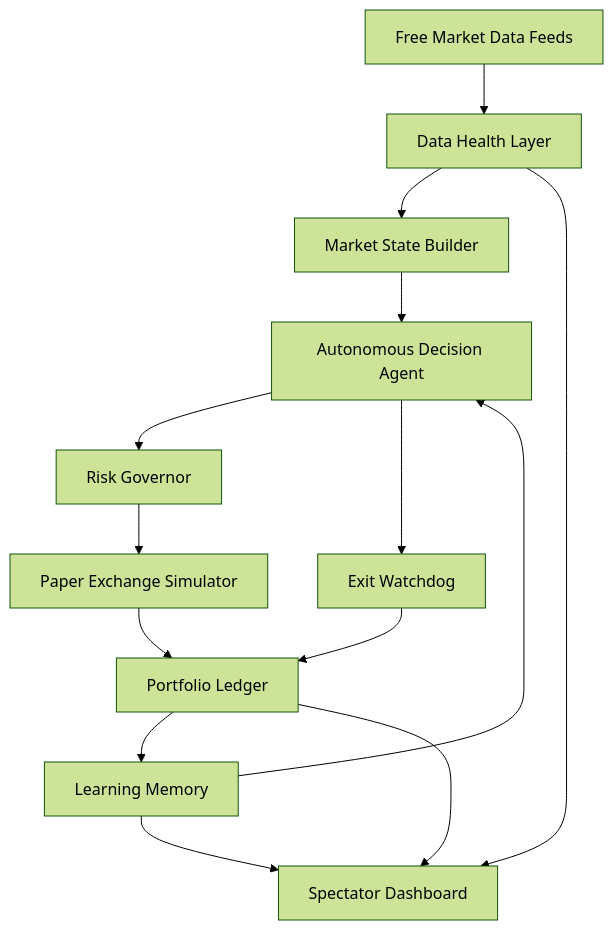
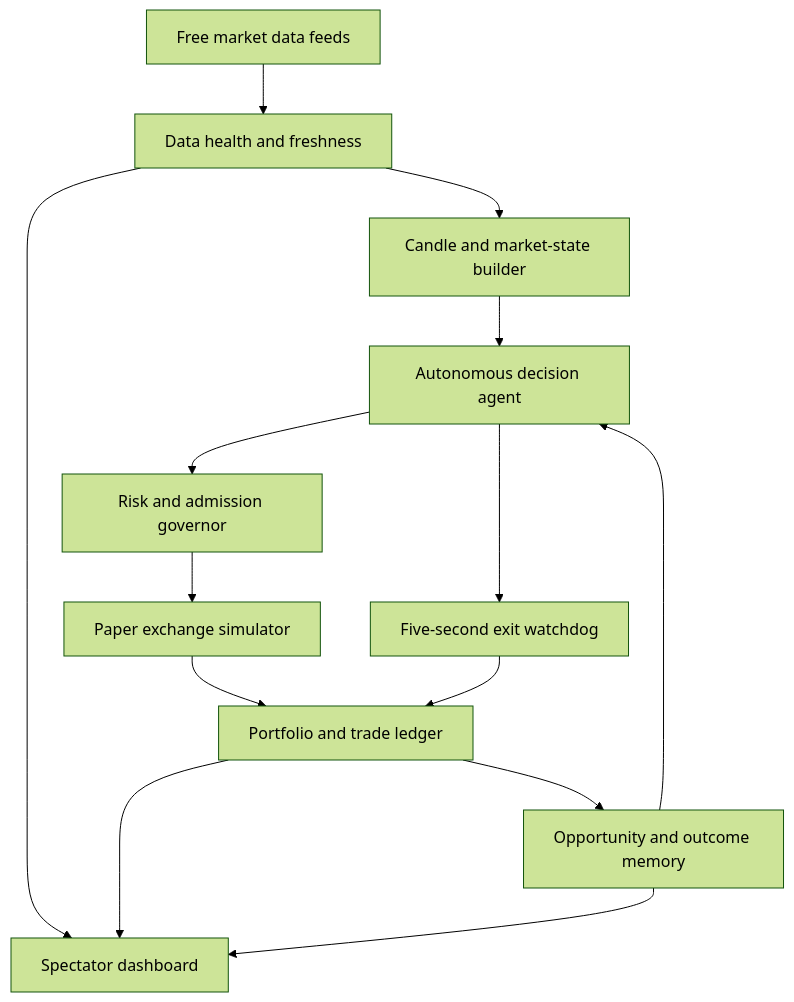
The diagram in README.md (tejashendre/AI-paper-trading-agent), drawn with Mermaid (forest theme) before and after one commit. The commit also changed other lines of this file, not shown here.

````diff
--- a/README.md
+++ b/README.md
@@ -75,16 +35,16 @@
 ```mermaid
 flowchart TD
-    A["Free Market Data Feeds"] --> B["Data Health Layer"]
-    B --> C["Market State Builder"]
-    C --> D["Autonomous Decision Agent"]
-    D --> E["Risk Governor"]
-    E --> F["Paper Exchange Simulator"]
-    F --> G["Portfolio Ledger"]
-    G --> H["Learning Memory"]
+    A["Free market data feeds"] --> B["Data health and freshness"]
+    B --> C["Candle and market-state builder"]
+    C --> D["Autonomous decision agent"]
+    D --> E["Risk and admission governor"]
+    E --> F["Paper exchange simulator"]
+    F --> G["Portfolio and trade ledger"]
+    G --> H["Opportunity and outcome memory"]
     H --> D
-    D --> I["Exit Watchdog"]
+    D --> I["Five-second exit watchdog"]
     I --> G
-    G --> J["Spectator Dashboard"]
-    B --> J
+    B --> J["Spectator dashboard"]
+    G --> J
     H --> J
 ```
````
